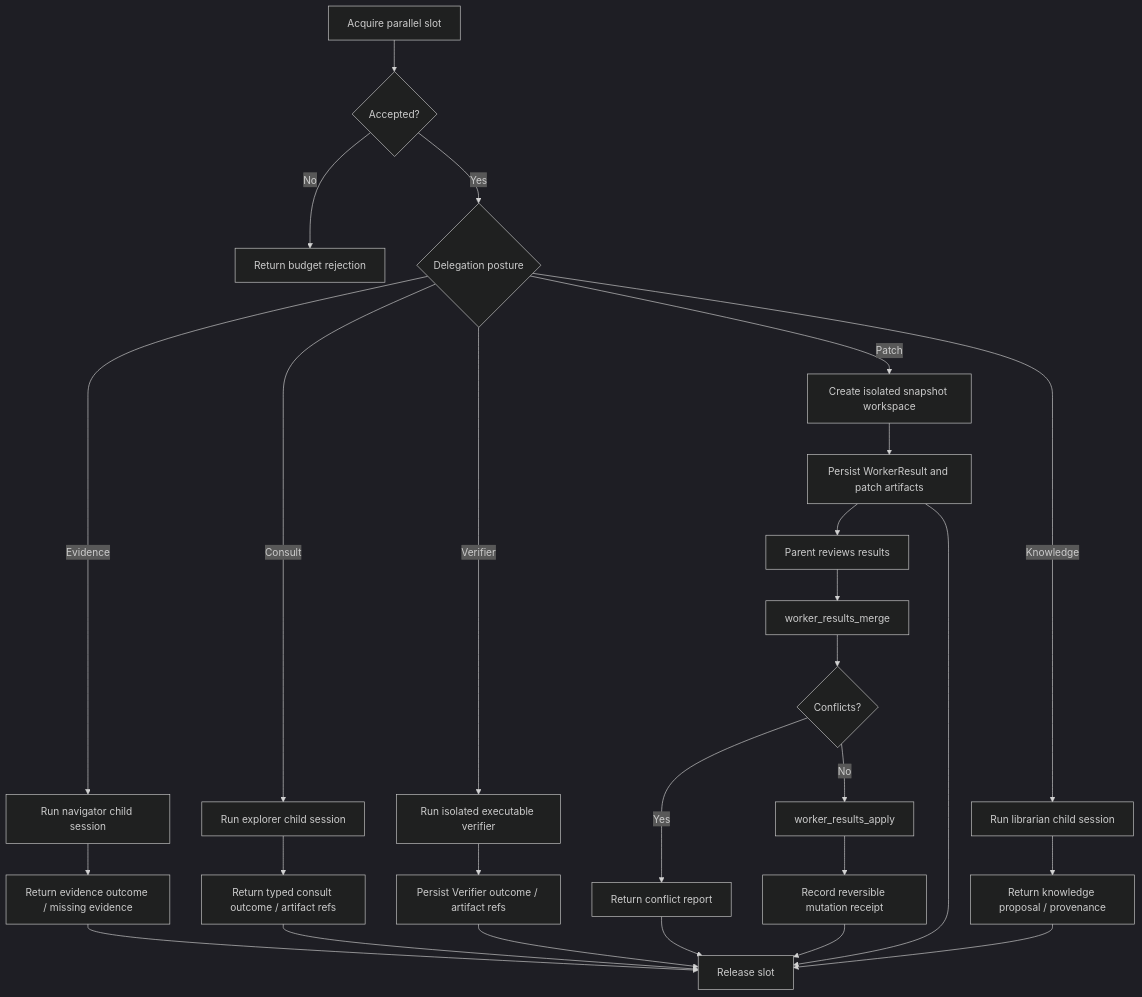
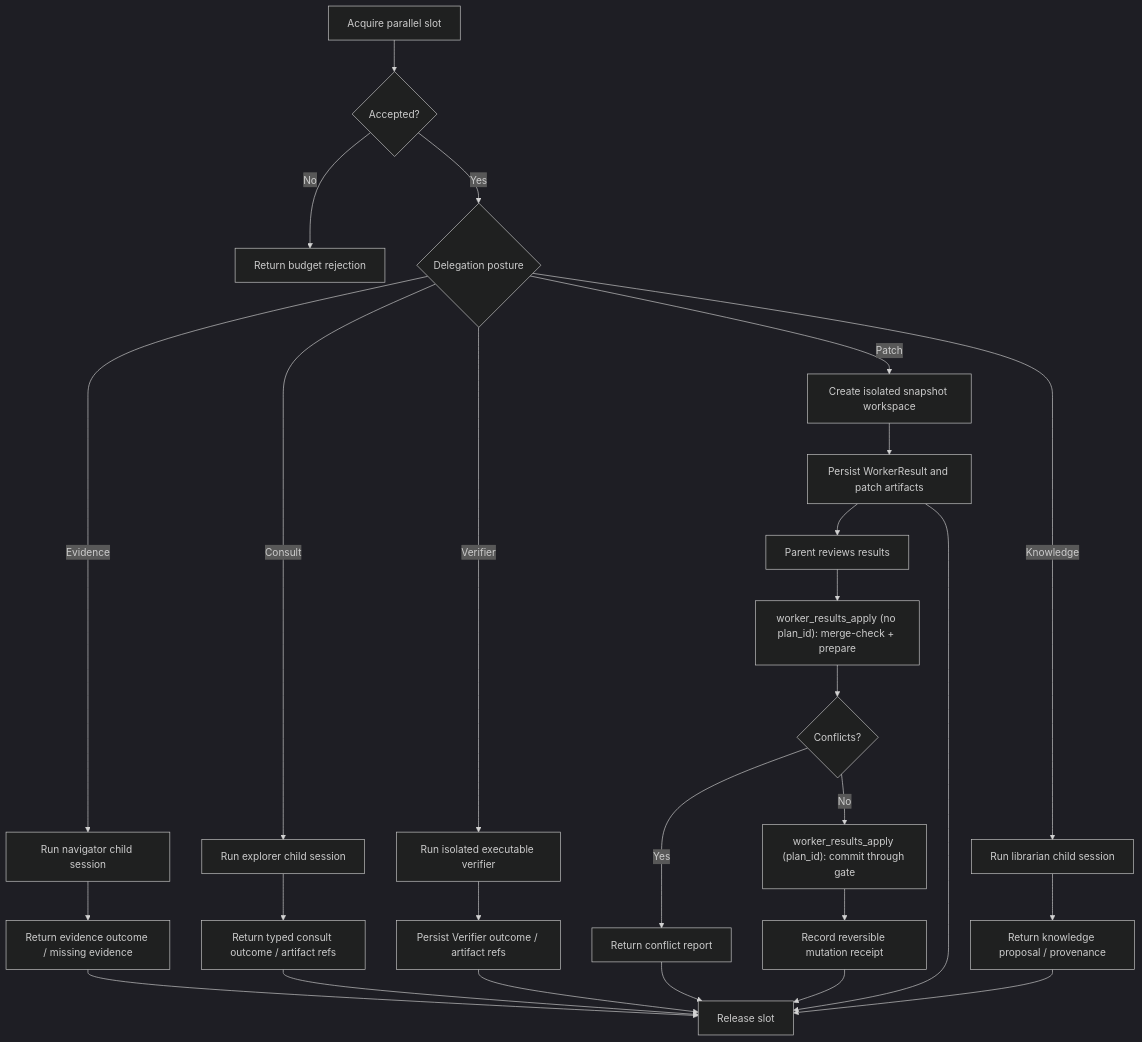
The diagram in docs/journeys/operator/background-and-parallelism.md (arcthur/brewva), drawn with Mermaid (dark theme) before and after one commit. The commit also changed other lines of this file and 37 other files, not shown here.

````diff
--- a/docs/journeys/operator/background-and-parallelism.md
+++ b/docs/journeys/operator/background-and-parallelism.md
@@ -47,29 +47,29 @@
 ```mermaid
 flowchart TD
   A["Acquire parallel slot"] --> B{"Accepted?"}
   B -->|No| C["Return budget rejection"]
   B -->|Yes| D{"Delegation posture"}
   D -->|Evidence| E["Run navigator child session"]
   D -->|Consult| F["Run explorer child session"]
   D -->|Verifier| G["Run isolated executable verifier"]
   D -->|Patch| H["Create isolated snapshot workspace"]
   D -->|Knowledge| I["Run librarian child session"]
   E --> J["Return evidence outcome / missing evidence"]
   F --> K["Return typed consult outcome / artifact refs"]
   G --> L["Persist Verifier outcome / artifact refs"]
   H --> M["Persist WorkerResult and patch artifacts"]
   I --> N["Return knowledge proposal / provenance"]
   M --> O["Parent reviews results"]
-  O --> P["worker_results_merge"]
+  O --> P["worker_results_apply (no plan_id): merge-check + prepare"]
   P --> Q{"Conflicts?"}
   Q -->|Yes| R["Return conflict report"]
-  Q -->|No| S["worker_results_apply"]
+  Q -->|No| S["worker_results_apply (plan_id): commit through gate"]
   S --> T["Record reversible mutation receipt"]
   J --> U["Release slot"]
   K --> U
   L --> U
   M --> U
   N --> U
   R --> U
   T --> U
 ```
````
